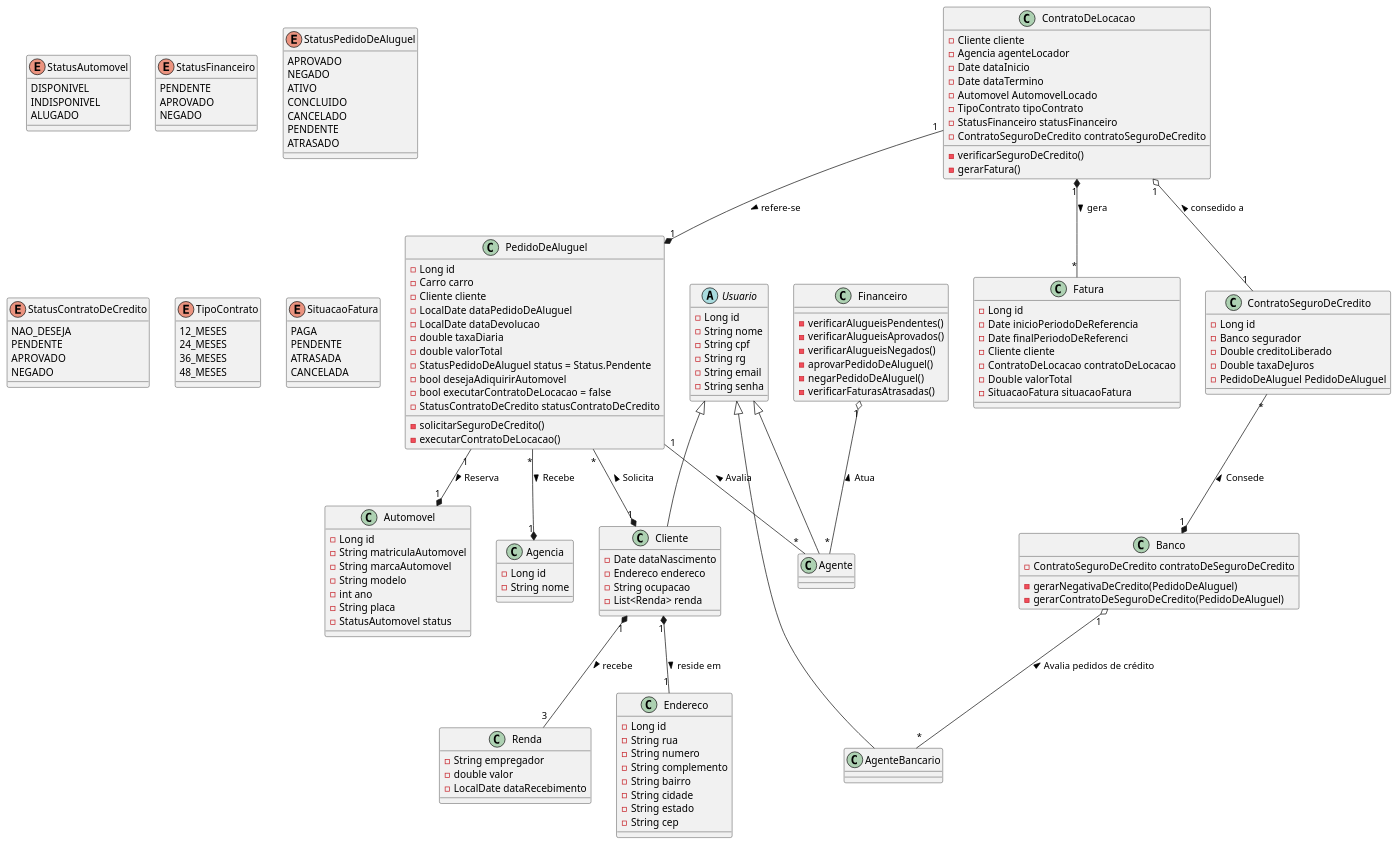
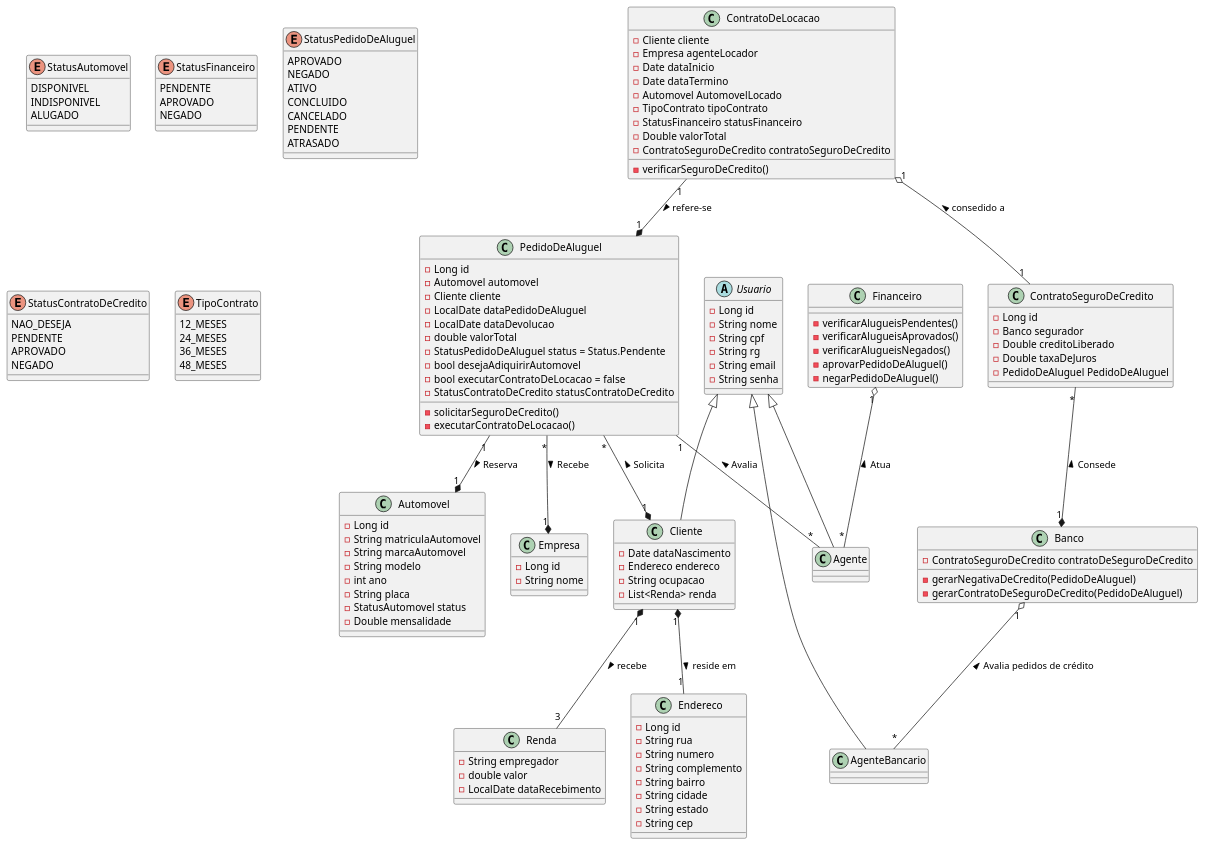
Before and after one commit to software-engineering-graduation/sistema_aluguel_carros-lds2024: the diagram in projeto/diagrama_de_classes.puml, drawn with PlantUML.

```diff
--- a/projeto/diagrama_de_classes.puml
+++ b/projeto/diagrama_de_classes.puml
@@ -1,185 +1,166 @@
 @startuml
 abstract class Usuario {
     -Long id
     -String nome
     -String cpf
     -String rg
     -String email
     -String senha
 }
 
 class Cliente extends Usuario {
     -Date dataNascimento
     -Endereco endereco
     -String ocupacao
     -List<Renda> renda
 }
 
 class Renda {
     -String empregador
     -double valor
     -LocalDate dataRecebimento
 }
 
 class Endereco {
     -Long id
     -String rua
     -String numero
     -String complemento
     -String bairro
     -String cidade
     -String estado
     -String cep
 }
 
 class Automovel {
     -Long id
     -String matriculaAutomovel
     -String marcaAutomovel
     -String modelo
     -int ano
     -String placa
-    -StatusAutomovel status    
+    -StatusAutomovel status
+	-Double mensalidade
 }
 
 class PedidoDeAluguel {
     -Long id
-    -Carro carro
+    -Automovel automovel
     -Cliente cliente
     -LocalDate dataPedidoDeAluguel
     -LocalDate dataDevolucao
-    -double taxaDiaria
     -double valorTotal
     -StatusPedidoDeAluguel status = Status.Pendente
     -bool desejaAdiquirirAutomovel
     -bool executarContratoDeLocacao = false
     -StatusContratoDeCredito statusContratoDeCredito
 
     -solicitarSeguroDeCredito()
     -executarContratoDeLocacao()
 }
 
 Enum StatusAutomovel {
     DISPONIVEL
     INDISPONIVEL
     ALUGADO
 }
 
 
 Enum StatusFinanceiro {
     PENDENTE
     APROVADO
     NEGADO
 }
 
 Enum StatusPedidoDeAluguel {
     APROVADO
     NEGADO
     ATIVO
     CONCLUIDO
     CANCELADO
     PENDENTE
     ATRASADO
 }
 
 Enum StatusContratoDeCredito{
     NAO_DESEJA
     PENDENTE
     APROVADO
     NEGADO
 }
 
 Enum TipoContrato{
     12_MESES
     24_MESES
     36_MESES
     48_MESES
 }
 
-Enum SituacaoFatura{
-    PAGA
-    PENDENTE
-    ATRASADA
-    CANCELADA
-}
 
-class Agencia {
+class Empresa {
     -Long id
     -String nome
-}
-
-class Fatura {
-    -Long id
-    -Date inicioPeriodoDeReferencia
-    -Date finalPeriodoDeReferenci
-    -Cliente cliente
-    -ContratoDeLocacao contratoDeLocacao
-    -Double valorTotal
-    -SituacaoFatura situacaoFatura
 }
 
 class Financeiro {
     -verificarAlugueisPendentes()
     -verificarAlugueisAprovados()
     -verificarAlugueisNegados()
     -aprovarPedidoDeAluguel()
     -negarPedidoDeAluguel()
-    -verificarFaturasAtrasadas()
 }
 
 class ContratoDeLocacao{
     -Cliente cliente
-    -Agencia agenteLocador
+    -Empresa agenteLocador
     -Date dataInicio
     -Date dataTermino
     -Automovel AutomovelLocado
     -TipoContrato tipoContrato
     -StatusFinanceiro statusFinanceiro
+    -Double valorTotal
     -ContratoSeguroDeCredito contratoSeguroDeCredito
 
     -verificarSeguroDeCredito()
-    -gerarFatura()
 }
 
 class Agente extends Usuario{
 
 }
 
 class Banco{
     -ContratoSeguroDeCredito contratoDeSeguroDeCredito 
     -gerarNegativaDeCredito(PedidoDeAluguel)
     -gerarContratoDeSeguroDeCredito(PedidoDeAluguel)
 }
 
 class AgenteBancario extends Usuario{
 }
 
 class ContratoSeguroDeCredito {
     -Long id
     -Banco segurador
     -Double creditoLiberado
     -Double taxaDeJuros
     -PedidoDeAluguel PedidoDeAluguel
 }
 
 ContratoSeguroDeCredito "*" --* "1" Banco : Consede <
 
 ContratoDeLocacao "1" --* "1" PedidoDeAluguel : refere-se >
 ContratoDeLocacao "1" o-- "1" ContratoSeguroDeCredito : consedido a <
 
 PedidoDeAluguel "*" --* "1" Cliente : Solicita  <
-PedidoDeAluguel "*" --* "1" Agencia : Recebe >
+PedidoDeAluguel "*" --* "1" Empresa : Recebe >
 PedidoDeAluguel "1" --* "1" Automovel : Reserva >
 PedidoDeAluguel "1" -- "*" Agente : Avalia <
 
-
-ContratoDeLocacao "1" *-- "*" Fatura : gera >
 
 Financeiro "1" o-- "*" Agente : Atua <
 
 Cliente "1" *-- "1" Endereco : reside em >
 Cliente "1" *-- "3" Renda : recebe >
 
 Banco "1" o-- "*" AgenteBancario : Avalia pedidos de crédito <
 
 @enduml
```
